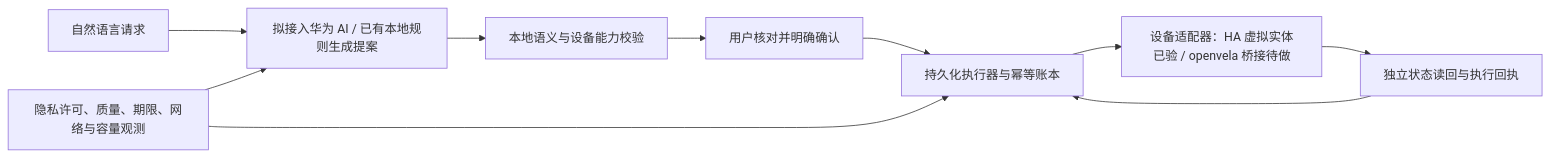
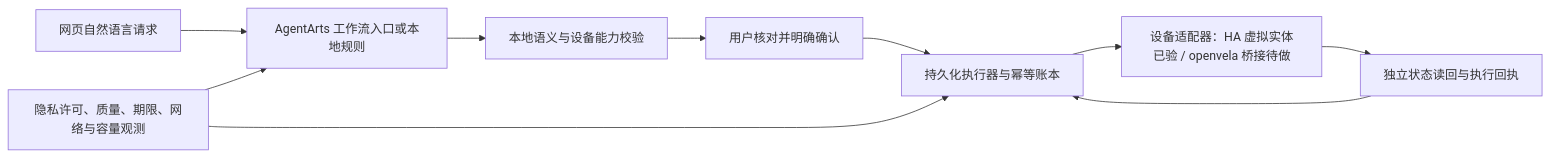
Before and after one commit to Doufu2007/AIC-6G-smarthome: the diagram in 参赛项目初版.md, drawn with Mermaid. The commit also changed other lines of this file and 25 other files, not shown here.

Commit message:
Add SenseHome web dashboard and AgentArts integration

````diff
--- a/参赛项目初版.md
+++ b/参赛项目初版.md
@@ -20,12 +20,12 @@
 ```mermaid
 flowchart LR
-  U[自然语言请求] --> P[拟接入华为 AI / 已有本地规则生成提案]
+  U[网页自然语言请求] --> P[AgentArts 工作流入口或本地规则]
   P --> G[本地语义与设备能力校验]
   G --> C[用户核对并明确确认]
   C --> X[持久化执行器与幂等账本]
   X --> A[设备适配器：HA 虚拟实体已验 / openvela 桥接待做]
   A --> R[独立状态读回与执行回执]
   R --> X
   M[隐私许可、质量、期限、网络与容量观测] --> P
   M --> X
 ```
````
